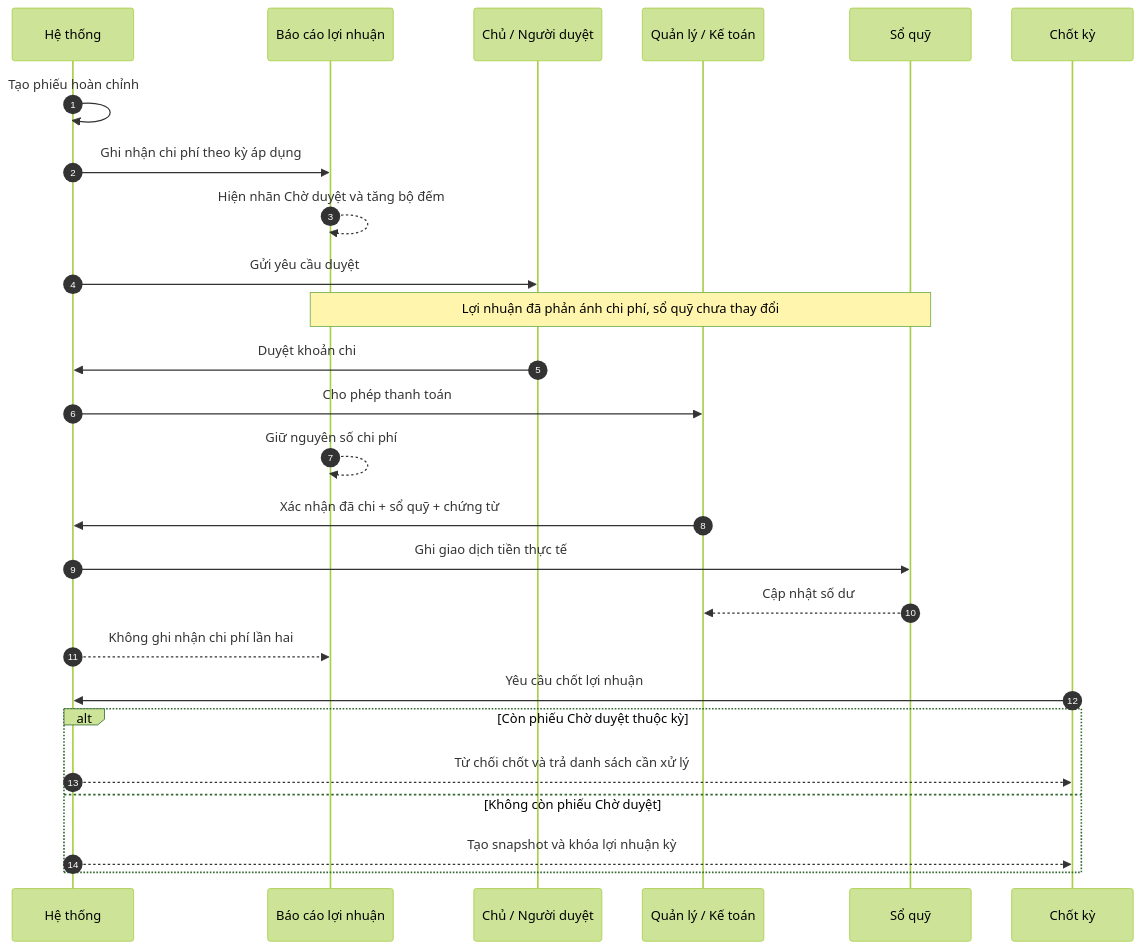
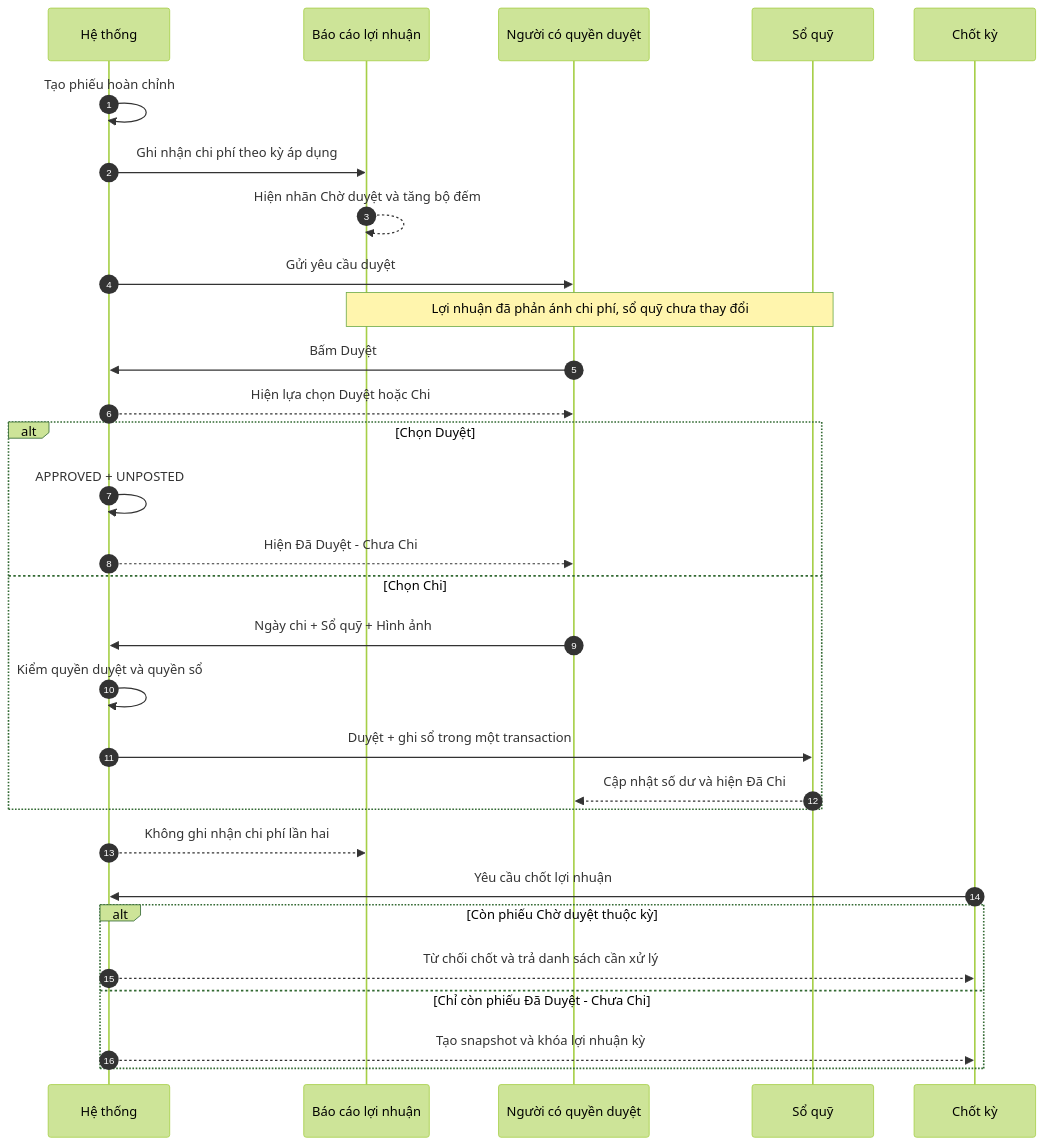
Before and after one commit to zxGreenxz/whiteboard-ihomecrm: the second of 5 diagrams in docs/huong-dan-su-dung/08-ke-hoach-phat-trien/quy-trinh-chi-phi/index.md, drawn with Mermaid (forest theme). The commit also changed other lines of this file and 2 other files, not shown here.

First line of the commit message:
docs(finance): cập nhật flow chi và quyền sổ quỹ

````diff
--- a/docs/huong-dan-su-dung/08-ke-hoach-phat-trien/quy-trinh-chi-phi/index.md
+++ b/docs/huong-dan-su-dung/08-ke-hoach-phat-trien/quy-trinh-chi-phi/index.md
@@ -172,32 +198,35 @@
 ```mermaid
 sequenceDiagram
   autonumber
   participant HT as Hệ thống
   participant BC as Báo cáo lợi nhuận
-  participant CH as Chủ / Người duyệt
-  participant QL as Quản lý / Kế toán
+  participant ND as Người có quyền duyệt
   participant SQ as Sổ quỹ
   participant CK as Chốt kỳ
 
   HT->>HT: Tạo phiếu hoàn chỉnh
   HT->>BC: Ghi nhận chi phí theo kỳ áp dụng
   BC-->>BC: Hiện nhãn Chờ duyệt và tăng bộ đếm
-  HT->>CH: Gửi yêu cầu duyệt
+  HT->>ND: Gửi yêu cầu duyệt
   Note over BC,SQ: Lợi nhuận đã phản ánh chi phí, sổ quỹ chưa thay đổi
 
-  CH->>HT: Duyệt khoản chi
-  HT->>QL: Cho phép thanh toán
-  BC-->>BC: Giữ nguyên số chi phí
-
-  QL->>HT: Xác nhận đã chi + sổ quỹ + chứng từ
-  HT->>SQ: Ghi giao dịch tiền thực tế
-  SQ-->>QL: Cập nhật số dư
+  ND->>HT: Bấm Duyệt
+  HT-->>ND: Hiện lựa chọn Duyệt hoặc Chi
+  alt Chọn Duyệt
+    HT->>HT: APPROVED + UNPOSTED
+    HT-->>ND: Hiện Đã Duyệt - Chưa Chi
+  else Chọn Chi
+    ND->>HT: Ngày chi + Sổ quỹ + Hình ảnh
+    HT->>HT: Kiểm quyền duyệt và quyền sổ
+    HT->>SQ: Duyệt + ghi sổ trong một transaction
+    SQ-->>ND: Cập nhật số dư và hiện Đã Chi
+  end
   HT-->>BC: Không ghi nhận chi phí lần hai
 
   CK->>HT: Yêu cầu chốt lợi nhuận
   alt Còn phiếu Chờ duyệt thuộc kỳ
     HT-->>CK: Từ chối chốt và trả danh sách cần xử lý
-  else Không còn phiếu Chờ duyệt
+  else Chỉ còn phiếu Đã Duyệt - Chưa Chi
     HT-->>CK: Tạo snapshot và khóa lợi nhuận kỳ
   end
 ```
````
